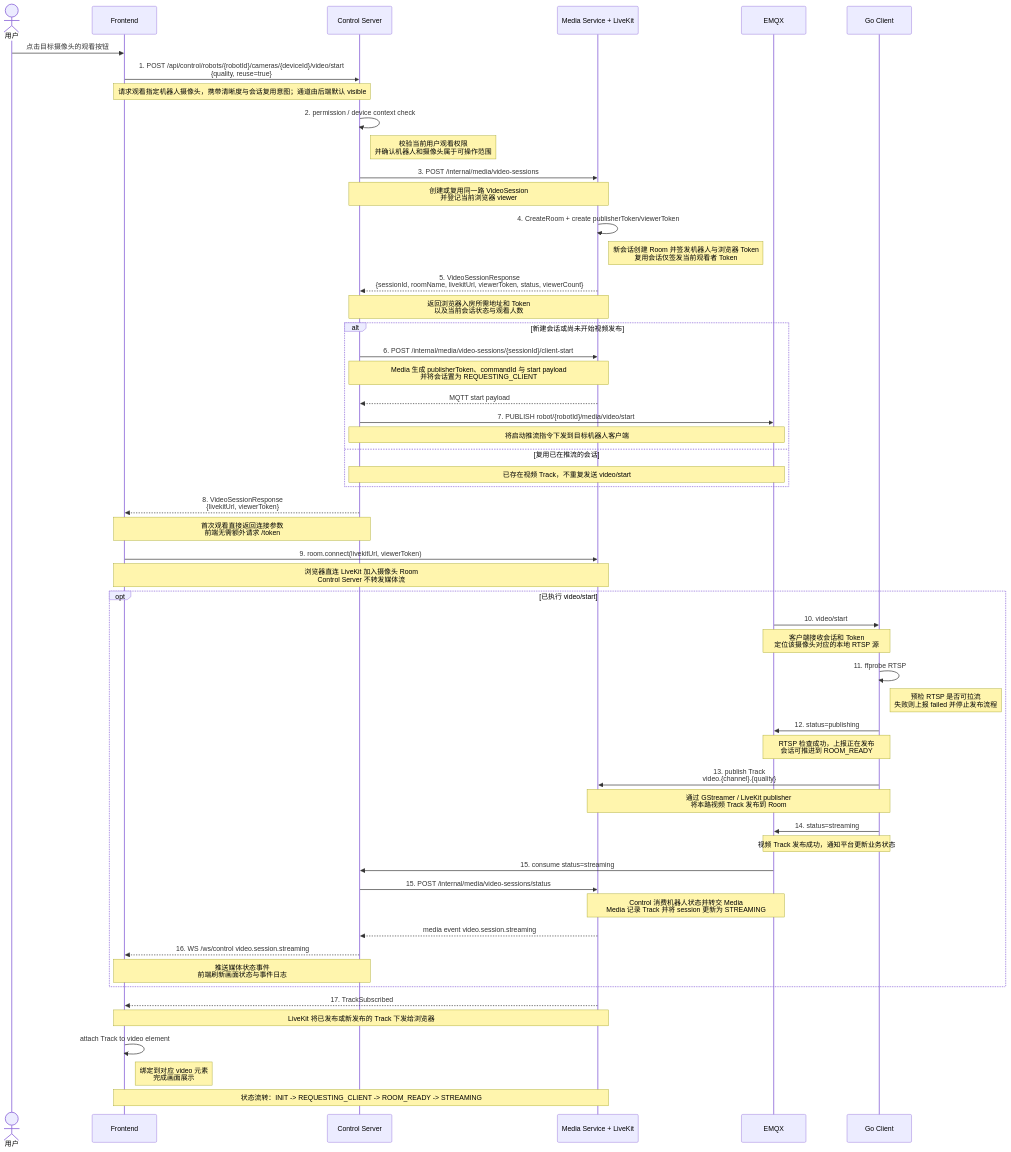
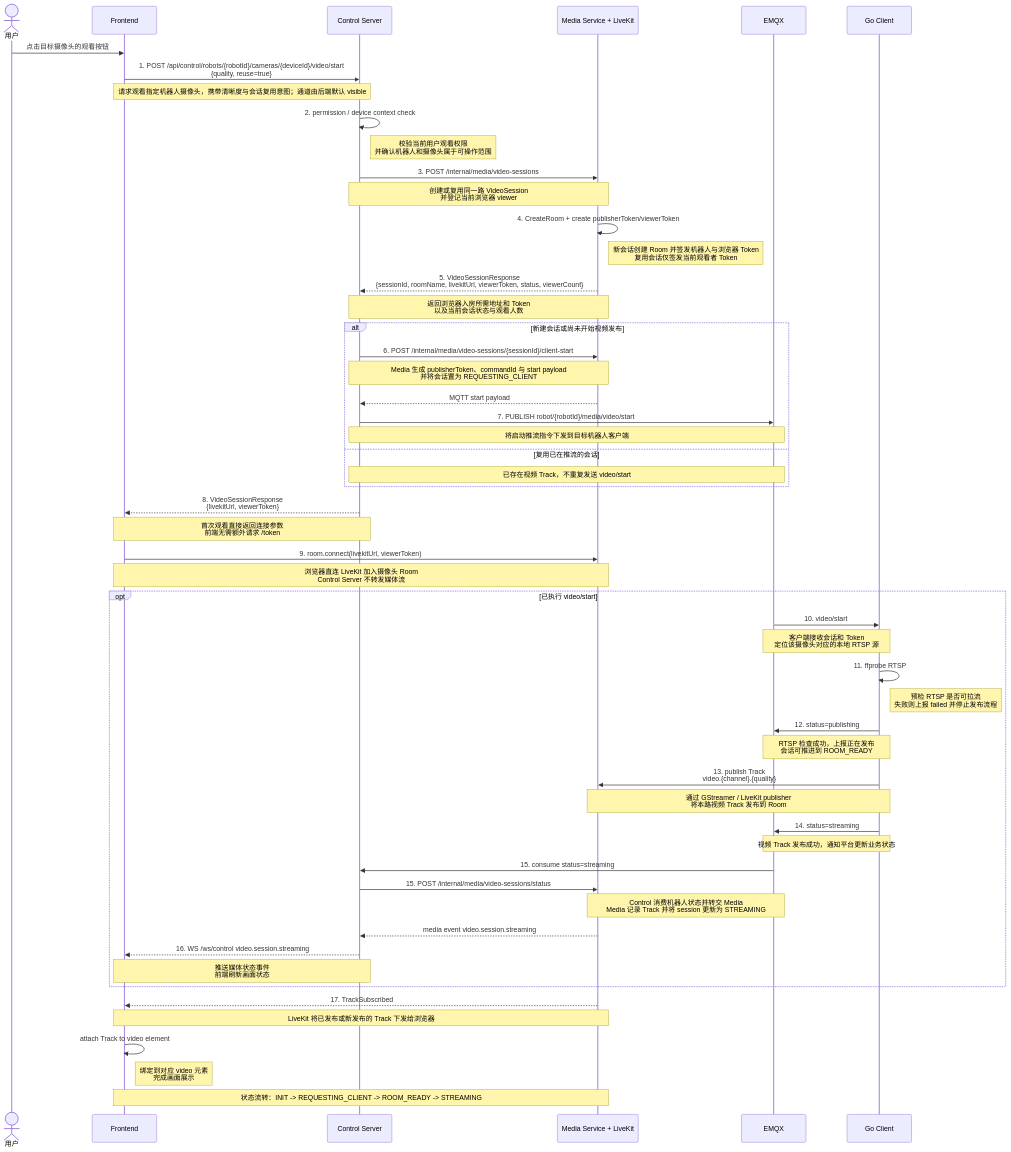
Before and after one commit to waleelay/robot: the diagram in docs/实时视频普通播放时序.md, drawn with Mermaid. The commit also changed 36 other files, not shown here.

````diff
--- a/docs/实时视频普通播放时序.md
+++ b/docs/实时视频普通播放时序.md
@@ -1,73 +1,73 @@
 ```mermaid
 sequenceDiagram
     actor U as 用户
     participant FE as Frontend
     participant CS as Control Server
     participant ML as Media Service + LiveKit
     participant MQ as EMQX
     participant GO as Go Client
 
     U->>FE: 点击目标摄像头的观看按钮
     FE->>CS: 1. POST /api/control/robots/{robotId}/cameras/{deviceId}/video/start<br/>{quality, reuse=true}
     Note over FE,CS: 请求观看指定机器人摄像头，携带清晰度与会话复用意图；通道由后端默认 visible
 
     CS->>CS: 2. permission / device context check
     Note right of CS: 校验当前用户观看权限<br/>并确认机器人和摄像头属于可操作范围
 
     CS->>ML: 3. POST /internal/media/video-sessions
     Note over CS,ML: 创建或复用同一路 VideoSession<br/>并登记当前浏览器 viewer
 
     ML->>ML: 4. CreateRoom + create publisherToken/viewerToken
     Note right of ML: 新会话创建 Room 并签发机器人与浏览器 Token<br/>复用会话仅签发当前观看者 Token
 
     ML-->>CS: 5. VideoSessionResponse<br/>{sessionId, roomName, livekitUrl, viewerToken, status, viewerCount}
     Note over ML,CS: 返回浏览器入房所需地址和 Token<br/>以及当前会话状态与观看人数
 
     alt 新建会话或尚未开始视频发布
         CS->>ML: 6. POST /internal/media/video-sessions/{sessionId}/client-start
         Note over CS,ML: Media 生成 publisherToken、commandId 与 start payload<br/>并将会话置为 REQUESTING_CLIENT
         ML-->>CS: MQTT start payload
         CS->>MQ: 7. PUBLISH robot/{robotId}/media/video/start
         Note over CS,MQ: 将启动推流指令下发到目标机器人客户端
     else 复用已在推流的会话
         Note over CS,MQ: 已存在视频 Track，不重复发送 video/start
     end
 
     CS-->>FE: 8. VideoSessionResponse<br/>{livekitUrl, viewerToken}
     Note over CS,FE: 首次观看直接返回连接参数<br/>前端无需额外请求 /token
 
     FE->>ML: 9. room.connect(livekitUrl, viewerToken)
     Note over FE,ML: 浏览器直连 LiveKit 加入摄像头 Room<br/>Control Server 不转发媒体流
 
     opt 已执行 video/start
         MQ->>GO: 10. video/start
         Note over MQ,GO: 客户端接收会话和 Token<br/>定位该摄像头对应的本地 RTSP 源
 
         GO->>GO: 11. ffprobe RTSP
         Note right of GO: 预检 RTSP 是否可拉流<br/>失败则上报 failed 并停止发布流程
 
         GO->>MQ: 12. status=publishing
         Note over GO,MQ: RTSP 检查成功，上报正在发布<br/>会话可推进到 ROOM_READY
 
         GO->>ML: 13. publish Track<br/>video.{channel}.{quality}
         Note over GO,ML: 通过 GStreamer / LiveKit publisher<br/>将本路视频 Track 发布到 Room
 
         GO->>MQ: 14. status=streaming
         Note over GO,MQ: 视频 Track 发布成功，通知平台更新业务状态
 
         MQ->>CS: 15. consume status=streaming
         CS->>ML: 15. POST /internal/media/video-sessions/status
         Note over MQ,ML: Control 消费机器人状态并转交 Media<br/>Media 记录 Track 并将 session 更新为 STREAMING
 
         ML-->>CS: media event video.session.streaming
         CS-->>FE: 16. WS /ws/control video.session.streaming
-        Note over CS,FE: 推送媒体状态事件<br/>前端刷新画面状态与事件日志
+        Note over CS,FE: 推送媒体状态事件<br/>前端刷新画面状态
     end
 
     ML-->>FE: 17. TrackSubscribed
     Note over ML,FE: LiveKit 将已发布或新发布的 Track 下发给浏览器
     FE->>FE: attach Track to video element
     Note right of FE: 绑定到对应 video 元素<br/>完成画面展示
 
     Note over FE,ML: 状态流转：INIT -> REQUESTING_CLIENT -> ROOM_READY -> STREAMING
 ```
````
